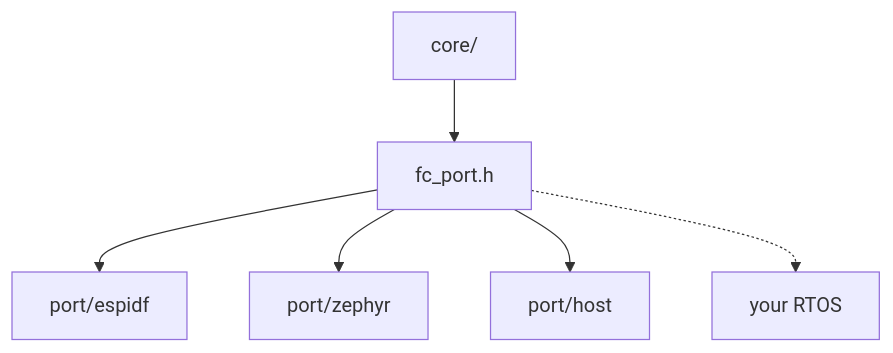
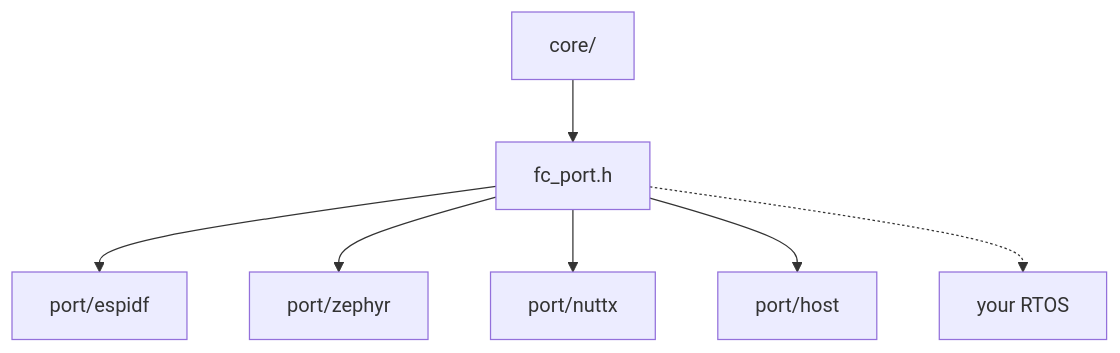
One commit to francescopace/flightctl-mcu changed the second of 3 diagrams in README.md. Above: the diagram before and after it, drawn with Mermaid. The commit also changed other lines of this file and 42 other files, not shown here.

Commit message:
Docs: Replace the results page with per-feature guides, one owner per figure.

````diff
--- a/README.md
+++ b/README.md
@@ -72,8 +126,9 @@
 ```mermaid
 flowchart TB
   core["core/"] --> port["fc_port.h"]
   port --> esp["port/espidf"]
   port --> zephyr["port/zephyr"]
+  port --> nuttx["port/nuttx"]
   port --> host["port/host"]
   port -.-> other["your RTOS"]
 ```
````
